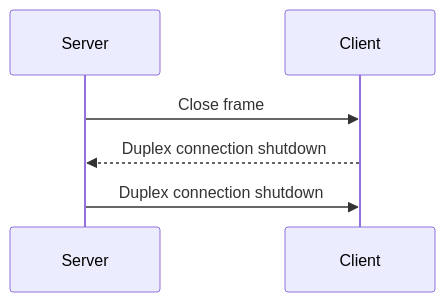
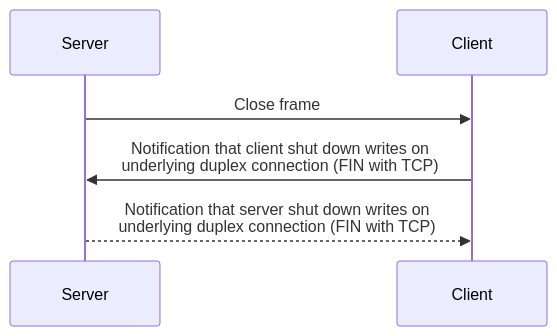
Before and after one commit to icerpc/icerpc-docs: the second of 2 diagrams in pages/icerpc/slic-transport/connection-closure.md, drawn with Mermaid. The commit also changed other lines of this file, not shown here.

Commit message:
Simplified callout about connection writes shutdown (#174)

````diff
--- a/pages/icerpc/slic-transport/connection-closure.md
+++ b/pages/icerpc/slic-transport/connection-closure.md
@@ -58,6 +60,6 @@
 ```mermaid
 sequenceDiagram
     Server->>Client: Close frame
-    Client-->>Server: Duplex connection shutdown
-    Server->>Client: Duplex connection shutdown
+    Client->>Server: Notification that client shut down writes on<br/>underlying duplex connection (FIN with TCP)
+    Server-->>Client: Notification that server shut down writes on<br/>underlying duplex connection (FIN with TCP)
 ```
````
